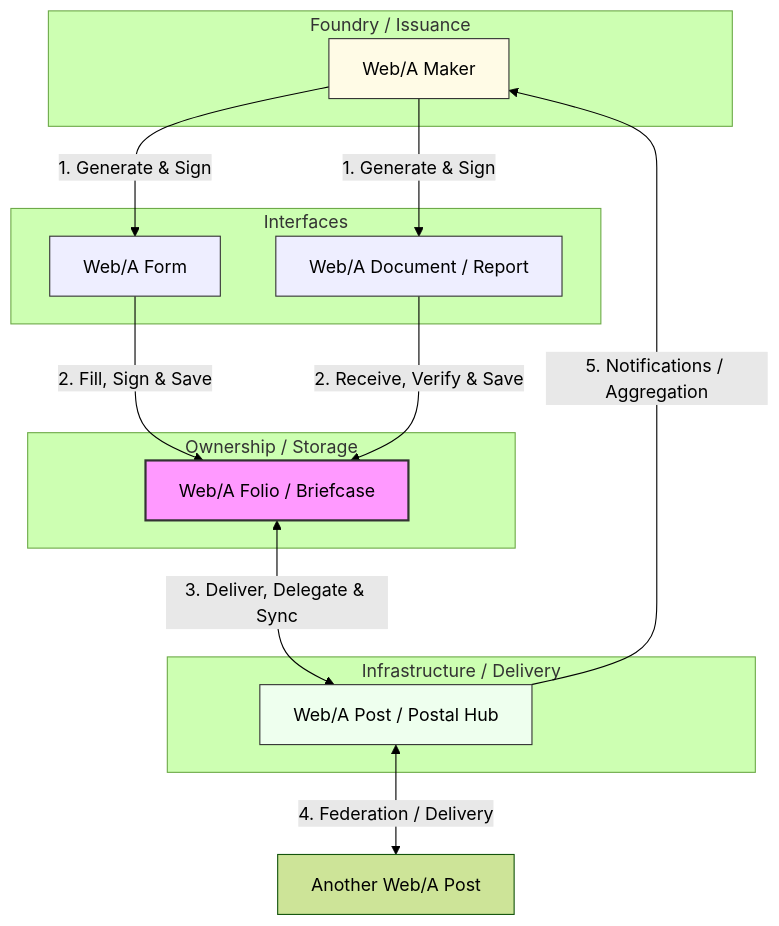
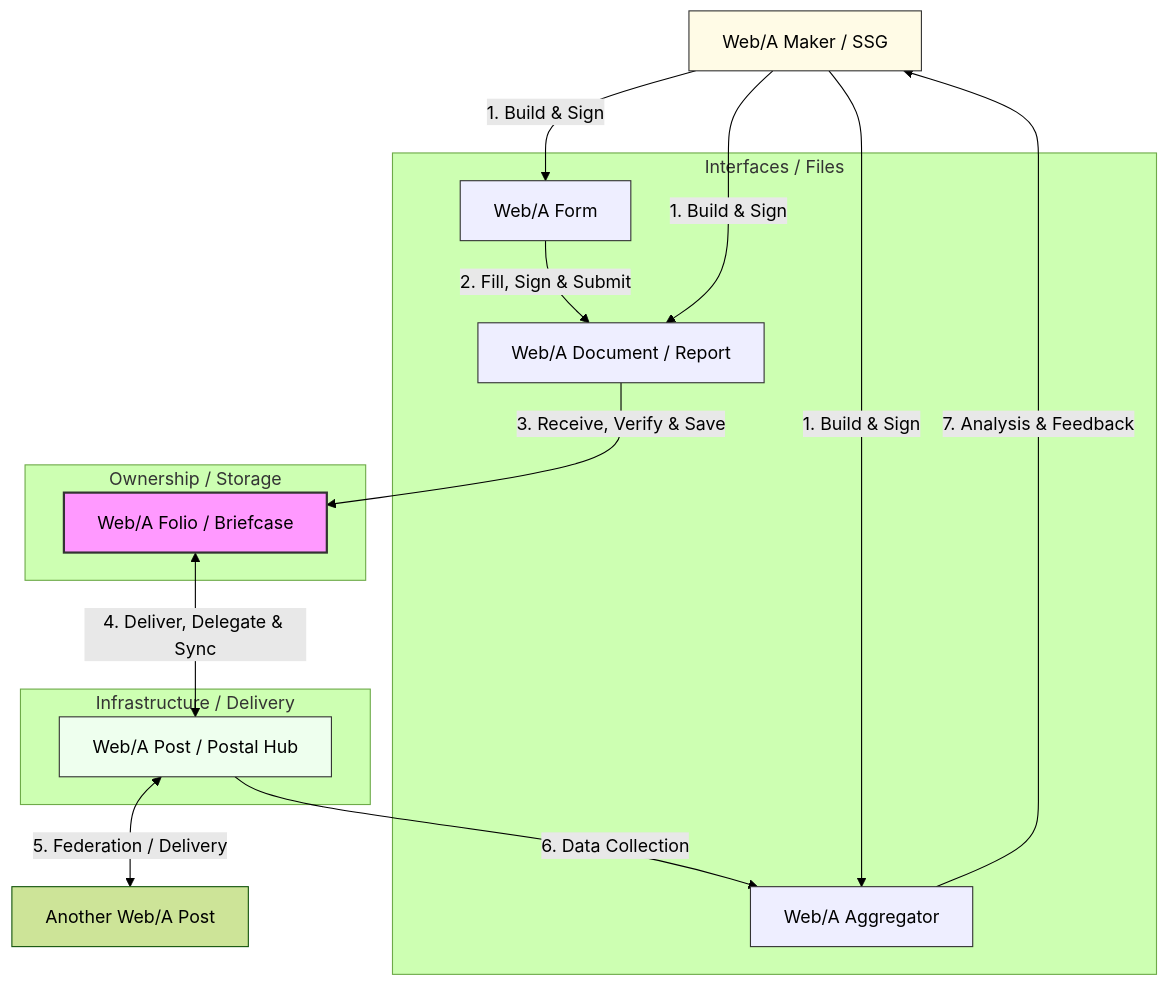
One commit to masanork/srn changed the diagram in sites/srn/content/papers/web-a-ecosystem.md. Above: the diagram before and after it, drawn with Mermaid (forest theme). The commit also changed other lines of this file and 4 other files, not shown here.

Commit message:
docs: Update Web/A ecosystem diagram, refine key management terminology, remove roadmap links, and adjust navigation styling.

````diff
--- a/sites/srn/content/papers/web-a-ecosystem.md
+++ b/sites/srn/content/papers/web-a-ecosystem.md
@@ -20,42 +20,44 @@
 ```mermaid
 graph TD
     classDef highlight fill:#f9f,stroke:#333,stroke-width:2px;
     classDef blue fill:#eef,stroke:#333,stroke-width:1px;
     classDef green fill:#efe,stroke:#333,stroke-width:1px;
     classDef yellow fill:#fffbe6,stroke:#333,stroke-width:1px;
 
-    subgraph Foundry [Foundry / Issuance]
-        Maker[Web/A Maker]
-    end
+    %% The Engine
+    Maker[Web/A Maker / SSG]
 
-    subgraph Documents [Interfaces]
+    subgraph Documents [Interfaces / Files]
         Form[Web/A Form]
         Doc[Web/A Document / Report]
+        Aggregator[Web/A Aggregator]
     end
 
     subgraph Storage [Ownership / Storage]
         Folio[Web/A Folio / Briefcase]
     end
 
     subgraph Network [Infrastructure / Delivery]
         Post[Web/A Post / Postal Hub]
     end
 
     %% Relations
-    Maker -->|1. Generate & Sign| Form
-    Maker -->|1. Generate & Sign| Doc
+    Maker -->|1. Build & Sign| Form
+    Maker -->|1. Build & Sign| Doc
+    Maker -->|1. Build & Sign| Aggregator
     
-    Form -->|2. Fill, Sign & Save| Folio
-    Doc -->|2. Receive, Verify & Save| Folio
+    Form -->|2. Fill, Sign & Submit| Doc
+    Doc -->|3. Receive, Verify & Save| Folio
     
-    Folio <-->|3. Deliver, Delegate & Sync| Post
-    Post <-->|4. Federation / Delivery| Post2[Another Web/A Post]
+    Folio <-->|4. Deliver, Delegate & Sync| Post
+    Post <-->|5. Federation / Delivery| Post2[Another Web/A Post]
     
-    Post -->|5. Notifications / Aggregation| Maker
+    Post -->|6. Data Collection| Aggregator
+    Aggregator -->|7. Analysis & Feedback| Maker
 
     %% Apply Classes
     class Maker yellow;
-    class Form,Doc blue;
+    class Form,Doc,Aggregator blue;
     class Folio highlight;
     class Post green;
 ```
````
